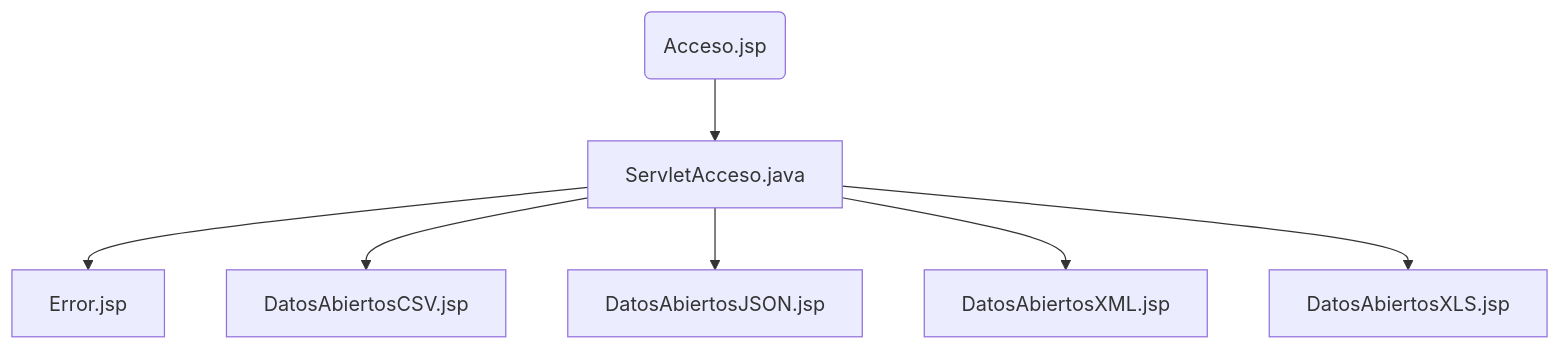
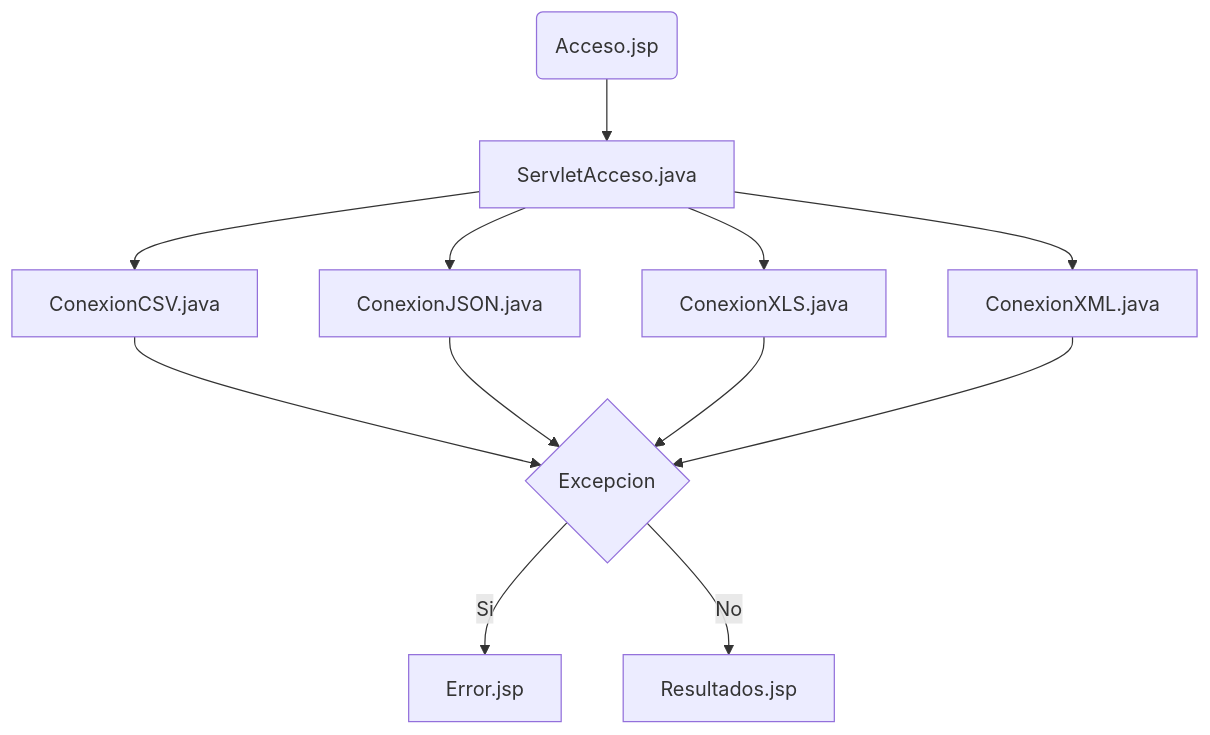
Before and after one commit to 565059/AD-Manejo-de-Ficheros: the diagram in README.md, drawn with Mermaid. The commit also changed other lines of this file, not shown here.

````diff
--- a/README.md
+++ b/README.md
@@ -5,9 +5,14 @@
 ```mermaid
 graph
 A(Acceso.jsp) --> B[ServletAcceso.java]
-B --> C[Error.jsp]
-B --> D[DatosAbiertosCSV.jsp]
-B --> E[DatosAbiertosJSON.jsp]
-B --> F[DatosAbiertosXML.jsp]
-B --> G[DatosAbiertosXLS.jsp]
+B --> D[ConexionCSV.java]
+B --> E[ConexionJSON.java]
+B --> F[ConexionXLS.java]
+B --> G[ConexionXML.java]
+D --> H{Excepcion}
+E --> H
+F --> H
+G --> H
+H -- Si --> Error.jsp
+H -- No --> Resultados.jsp
 ```
````
